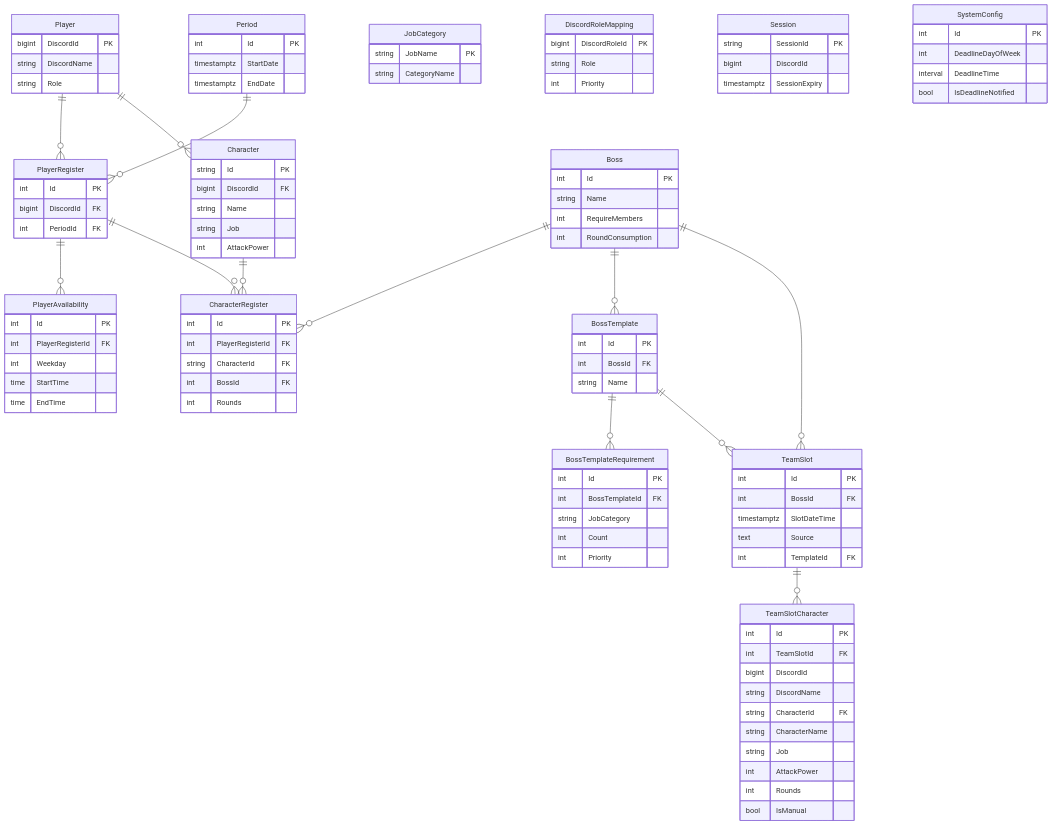
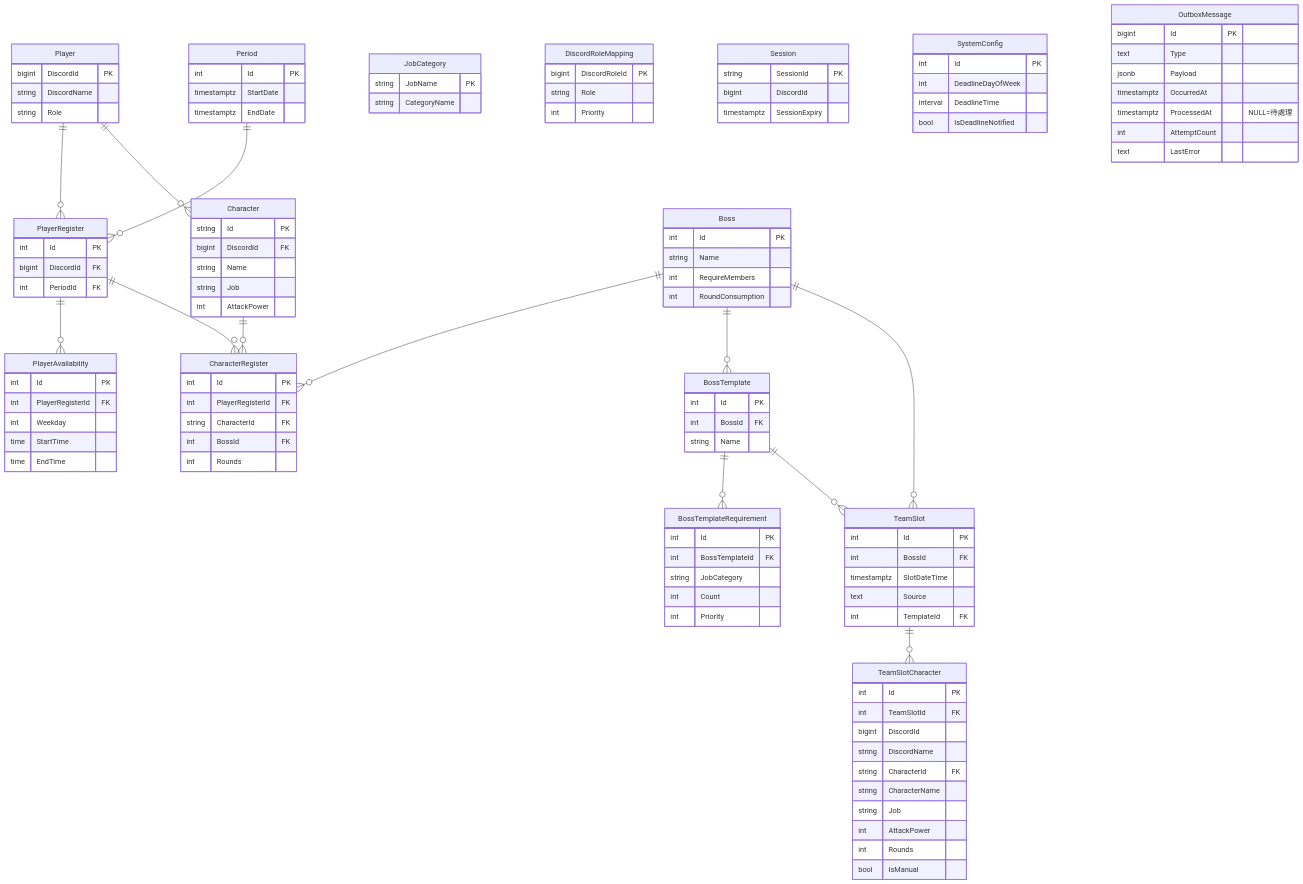
Before and after one commit to MinMiss5678/MapleStoryRaidScheduler: the eighth of 11 diagrams in docs/architecture.md, drawn with Mermaid. The commit also changed other lines of this file, not shown here.

First line of the commit message:
docs(architecture): 補兩張時序圖、修正自動分配/CI-CD 圖過期內容、ERD 補 OutboxMessage (#30)

```diff
--- a/docs/architecture.md
+++ b/docs/architecture.md
@@ -570,6 +682,16 @@
         bool IsDeadlineNotified
     }
 
+    OutboxMessage {
+        bigint Id PK
+        text Type
+        jsonb Payload
+        timestamptz OccurredAt
+        timestamptz ProcessedAt "NULL=待處理"
+        int AttemptCount
+        text LastError
+    }
+
     Player ||--o{ PlayerRegister : ""
     Period ||--o{ PlayerRegister : ""
     PlayerRegister ||--o{ PlayerAvailability : ""
```
